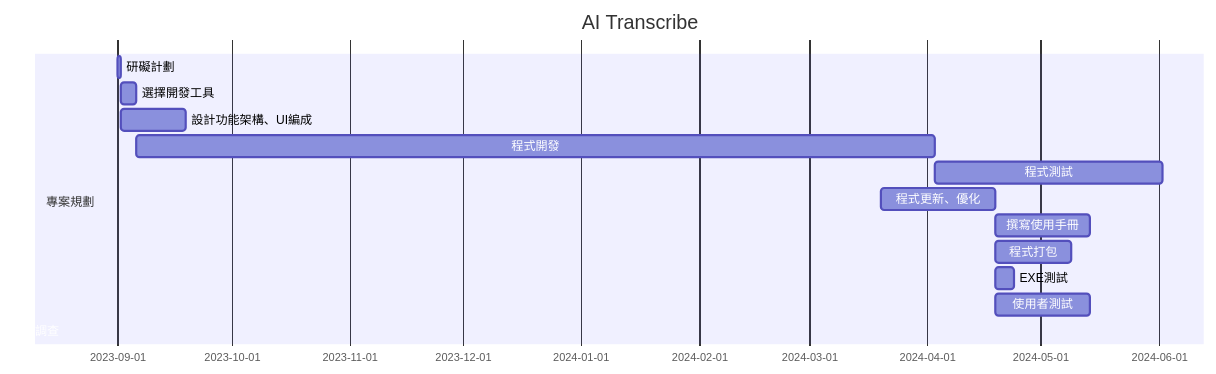
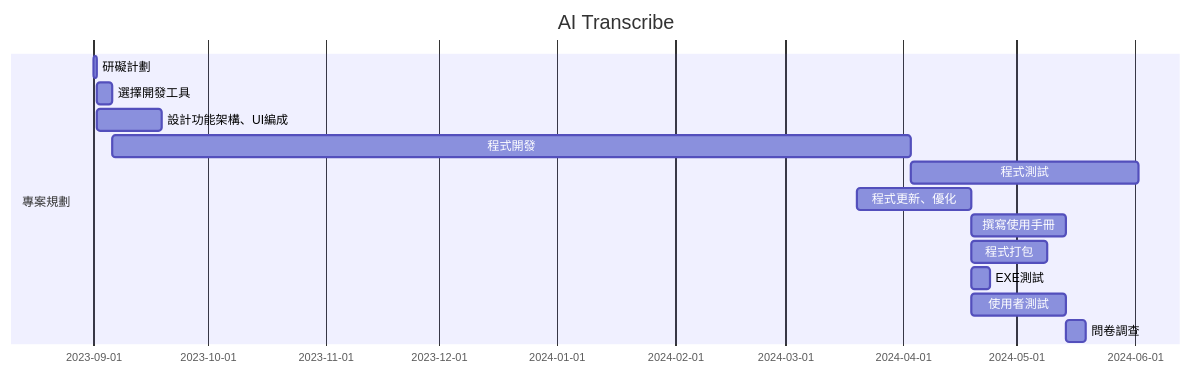
Before and after one commit to MITC110118132/23a: the third of 4 diagrams in hw2.md, drawn with Mermaid.

````diff
--- a/hw2.md
+++ b/hw2.md
@@ -34,17 +34,17 @@
 ```mermaid
 gantt
     title AI Transcribe
 
     section 專案規劃
     研礙計劃           :a1, 2023-09-01, 1d
     選擇開發工具           :a2, after a1  , 4d
     設計功能架構、UI編成           :a3, after a1  , 17d
     程式開發           :a4, after a2  , 210d
     程式測試           :a5, after a4  , 60d
     程式更新、優化           :a6, 2024-03-20  , 30d
     撰寫使用手冊        :a7, after a6  , 25d
     程式打包           :a8, after a6  , 20d
     EXE測試           :a9, after a6  , 5d
     使用者測試         :a10, after a6  , 25d
-    問卷調查           :a11, after a11 , 5d
+    問卷調查           :a11, after a10 , 5d
 ```
````
